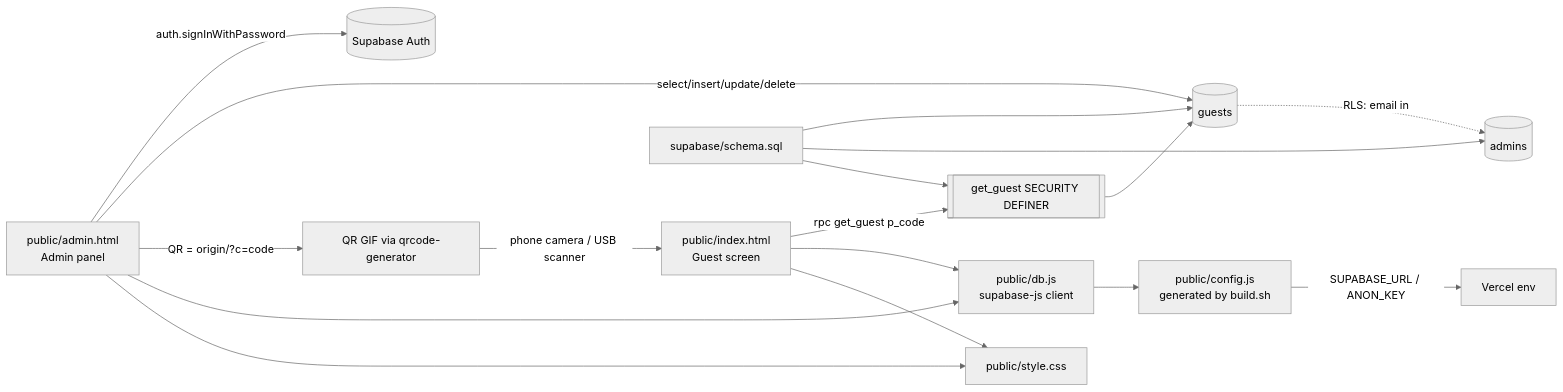
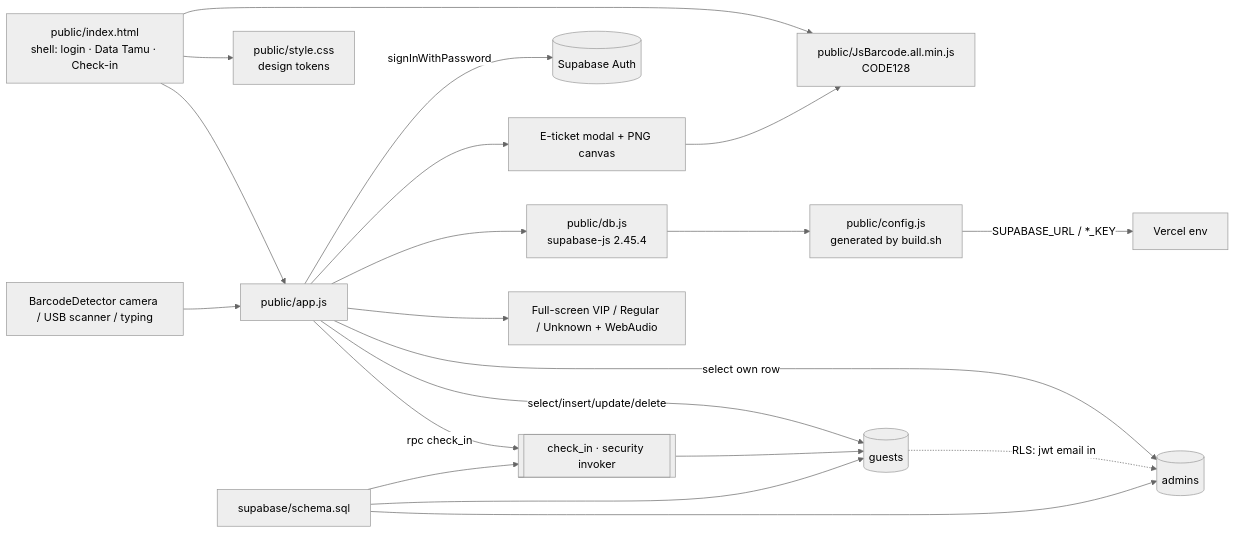
Before and after one commit to cbnfiberuiux-bit/guestlogin: the diagram in KNOWLEDGE_GRAPH.md, drawn with Mermaid (neutral theme). The commit also changed other lines of this file and 8 other files, not shown here.

First line of the commit message:
Rebuild as CBN Guest Check-in: barcode e-tickets, check-in screen, VIP/Regular display

````diff
--- a/KNOWLEDGE_GRAPH.md
+++ b/KNOWLEDGE_GRAPH.md
@@ -3,15 +5,20 @@
 ```mermaid
 graph LR
-  admin[public/admin.html<br/>Admin panel] -->|auth.signInWithPassword| auth[(Supabase Auth)]
-  admin -->|select/insert/update/delete| guests[(guests)]
-  guests -.RLS: email in.-> admins[(admins)]
-  admin -->|QR = origin/?c=code| qr[QR GIF via qrcode-generator]
-  qr -->|phone camera / USB scanner| screen[public/index.html<br/>Guest screen]
-  screen -->|rpc get_guest p_code| fn[[get_guest SECURITY DEFINER]]
+  idx[public/index.html<br/>shell: login · Data Tamu · Check-in] --> app[public/app.js]
+  idx --> css[public/style.css<br/>design tokens]
+  idx --> jsb[public/JsBarcode.all.min.js<br/>CODE128]
+  app --> db[public/db.js<br/>supabase-js 2.45.4]
+  db --> cfg[public/config.js<br/>generated by build.sh]
+  cfg -->|SUPABASE_URL / *_KEY| vercel[Vercel env]
+  app -->|signInWithPassword| auth[(Supabase Auth)]
+  app -->|select/insert/update/delete| guests[(guests)]
+  app -->|rpc check_in| fn[[check_in · security invoker]]
   fn --> guests
-  admin & screen --> db[public/db.js<br/>supabase-js client]
-  db --> cfg[public/config.js<br/>generated by build.sh]
-  cfg -->|SUPABASE_URL / ANON_KEY| vercel[Vercel env]
-  admin & screen --> css[public/style.css]
+  app -->|select own row| admins[(admins)]
+  guests -.RLS: jwt email in.-> admins
+  app --> ticket[E-ticket modal + PNG canvas]
+  ticket --> jsb
+  app --> result[Full-screen VIP / Regular / Unknown + WebAudio]
+  cam[BarcodeDetector camera / USB scanner / typing] --> app
   schema[supabase/schema.sql] --> guests & admins & fn
 ```
````
